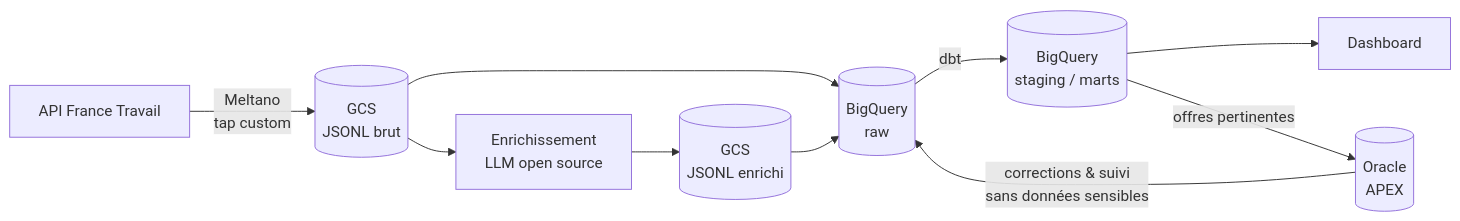
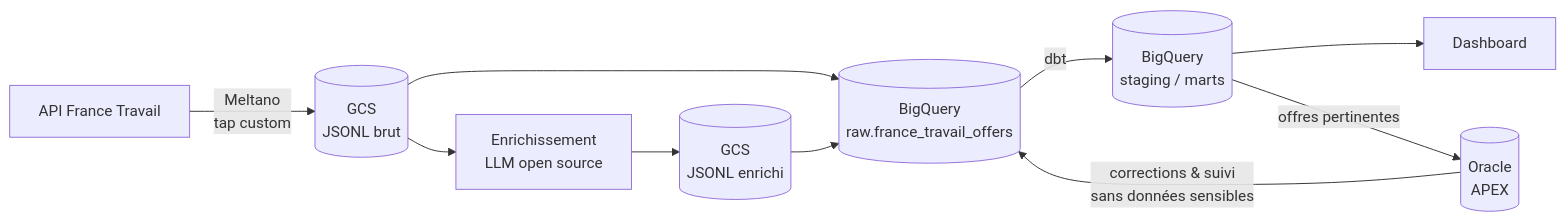
The diagram in README.md (NFleurentin/jobboard), drawn with Mermaid before and after one commit. The commit also changed other lines of this file, not shown here.

Commit message:
Update README to reflect changes in GCS paths and loading process for BigQuery

````diff
--- a/README.md
+++ b/README.md
@@ -28,12 +28,12 @@
 ```mermaid
 flowchart LR
     API[API France Travail] -->|Meltano<br/>tap custom| RAW[(GCS<br/>JSONL brut)]
     RAW --> LLM[Enrichissement<br/>LLM open source]
     LLM --> ENR[(GCS<br/>JSONL enrichi)]
-    RAW --> BQ[(BigQuery<br/>raw)]
+    RAW --> BQ[(BigQuery<br/>raw.france_travail_offers)]
     ENR --> BQ
     BQ -->|dbt| MARTS[(BigQuery<br/>staging / marts)]
     MARTS --> DASH[Dashboard]
     MARTS -->|offres pertinentes| ORA[(Oracle<br/>APEX)]
     ORA -->|corrections & suivi<br/>sans données sensibles| BQ
 ```
````
